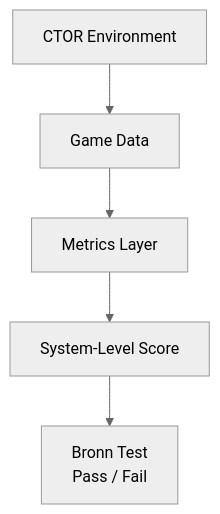
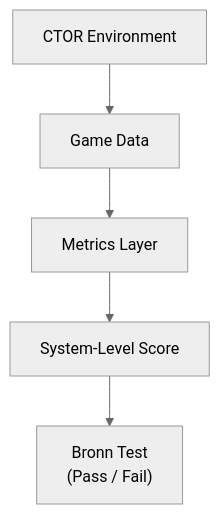
One commit to CTOR-Labs/CTOR-Labs changed the sixth of 7 diagrams in Readme.md. Above: the diagram before and after it, drawn with Mermaid (neutral theme). The commit also changed other lines of this file, not shown here.

````diff
--- a/Readme.md
+++ b/Readme.md
@@ -205,8 +205,8 @@
 ```mermaid
 flowchart TB
 
     CTOR["CTOR Environment"] --> DATA["Game Data"]
     DATA --> METRICS["Metrics Layer"]
     METRICS --> SCORE["System-Level Score"]
-    SCORE --> BRONN["Bronn Test<br/>Pass / Fail"]
+    SCORE --> BRONN["Bronn Test\n(Pass / Fail)"]
 ```
````
